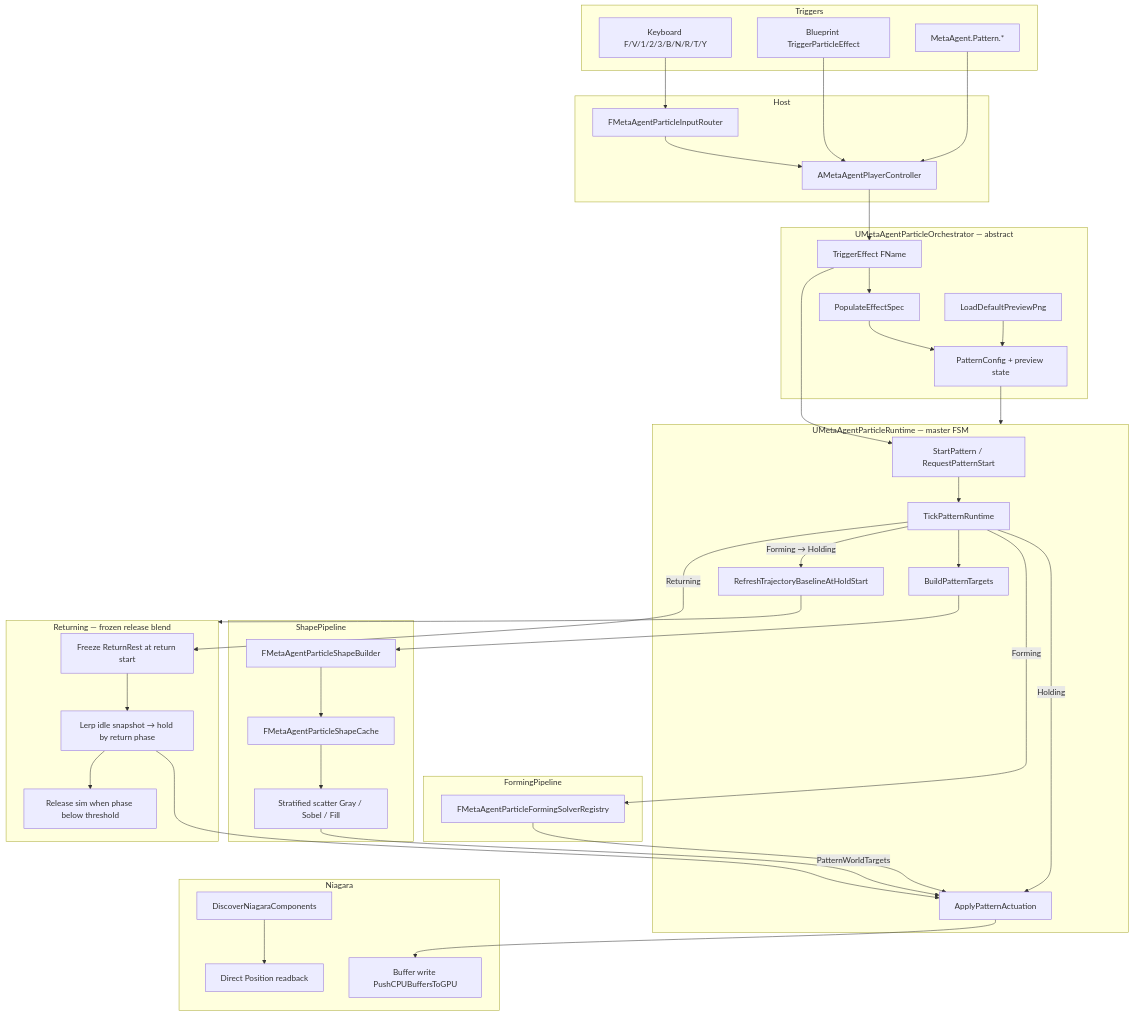
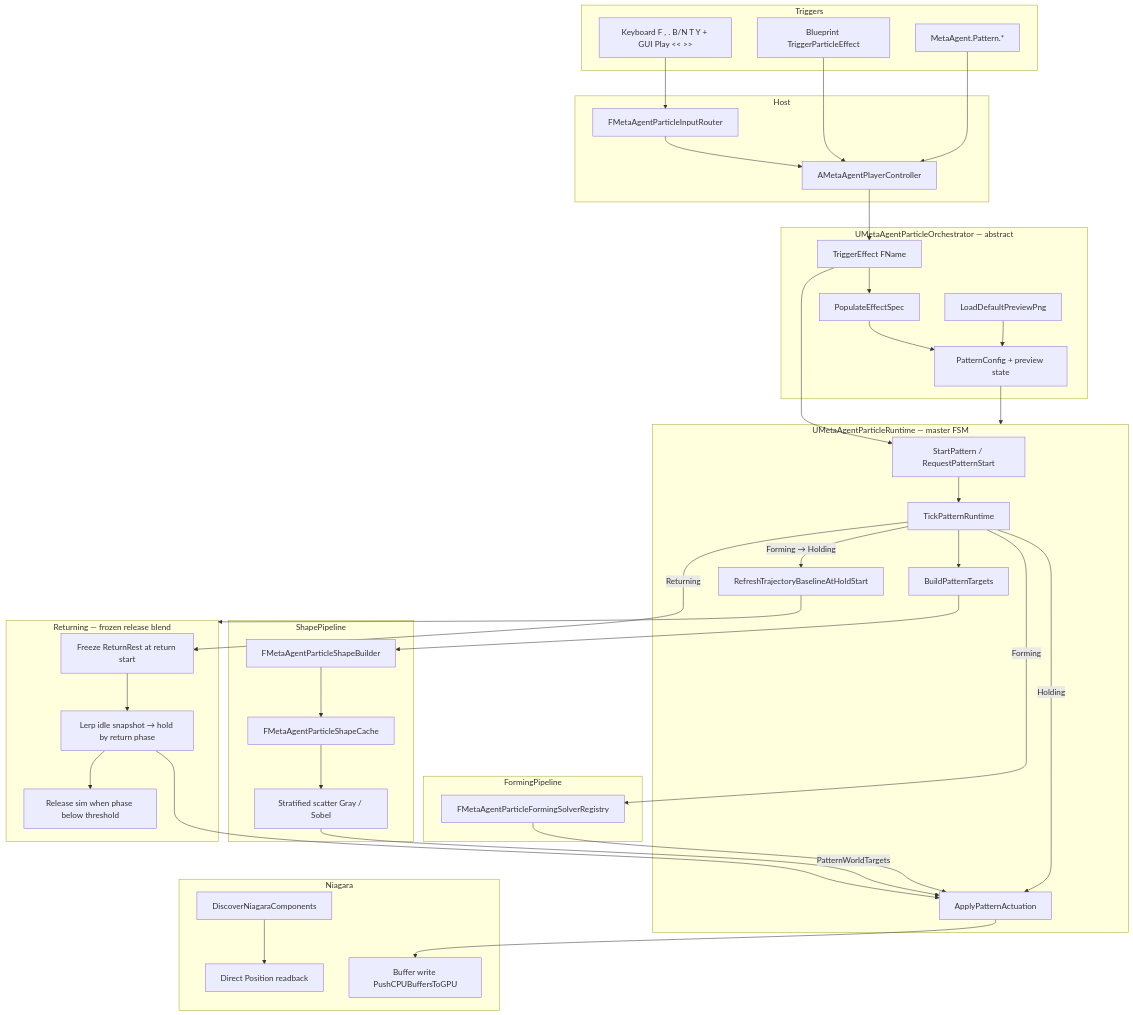
Diagram 11 of 14 in README.md (vecnode/metaagent-ue5-plugin), drawn with Mermaid before and after one commit. The commit also changed other lines of this file, not shown here.

````diff
--- a/README.md
+++ b/README.md
@@ -777,78 +780,78 @@
 ```mermaid
 flowchart TB
     subgraph Triggers
-        Keys[Keyboard F/V/1/2/3/B/N/R/T/Y]
+        Keys[Keyboard F , . B/N T Y + GUI Play << >>]
         BP[Blueprint TriggerParticleEffect]
         Console[MetaAgent.Pattern.*]
     end
 
     subgraph Host
         PC[AMetaAgentPlayerController]
         Router[FMetaAgentParticleInputRouter]
     end
 
     subgraph Orchestrator["UMetaAgentParticleOrchestrator — abstract"]
         TE[TriggerEffect FName]
         Spec[PopulateEffectSpec]
         Preview[LoadDefaultPreviewPng]
         Config[PatternConfig + preview state]
     end
 
     subgraph ParticleFSM["UMetaAgentParticleRuntime — master FSM"]
         Start[StartPattern / RequestPatternStart]
         Tick[TickPatternRuntime]
         Build[BuildPatternTargets]
         Traj[RefreshTrajectoryBaselineAtHoldStart]
         Act[ApplyPatternActuation]
     end
 
     subgraph ReturnBlend["Returning — frozen release blend"]
         Freeze[Freeze ReturnRest at return start]
         Lerp["Lerp idle snapshot → hold by return phase"]
         Release[Release sim when phase below threshold]
         Freeze --> Lerp
         Lerp --> Act
         Lerp --> Release
     end
 
     subgraph ShapePipeline
         Builder[FMetaAgentParticleShapeBuilder]
         Cache[FMetaAgentParticleShapeCache]
-        Mask[Stratified scatter Gray / Sobel / Fill]
+        Mask[Stratified scatter Gray / Sobel]
     end
 
     subgraph FormingPipeline
         Solvers[FMetaAgentParticleFormingSolverRegistry]
     end
 
     subgraph Niagara
         Discover[DiscoverNiagaraComponents]
         Capture[Direct Position readback]
         Write[Buffer write PushCPUBuffersToGPU]
     end
 
     Keys --> Router
     Router --> PC
     BP --> PC
     Console --> PC
     PC --> TE
     TE --> Spec
     Spec --> Config
     TE --> Start
     Preview --> Config
     Config --> ParticleFSM
     Start --> Tick
     Tick --> Build
     Build --> Builder
     Builder --> Cache
     Cache --> Mask
     Mask -->|PatternWorldTargets| Act
     Tick -->|Forming → Holding| Traj
     Traj --> ReturnBlend
     Tick -->|Forming| Solvers
     Solvers --> Act
     Tick -->|Holding| Act
     Tick -->|Returning| Freeze
     Discover --> Capture
     Act --> Write
 ```
````
